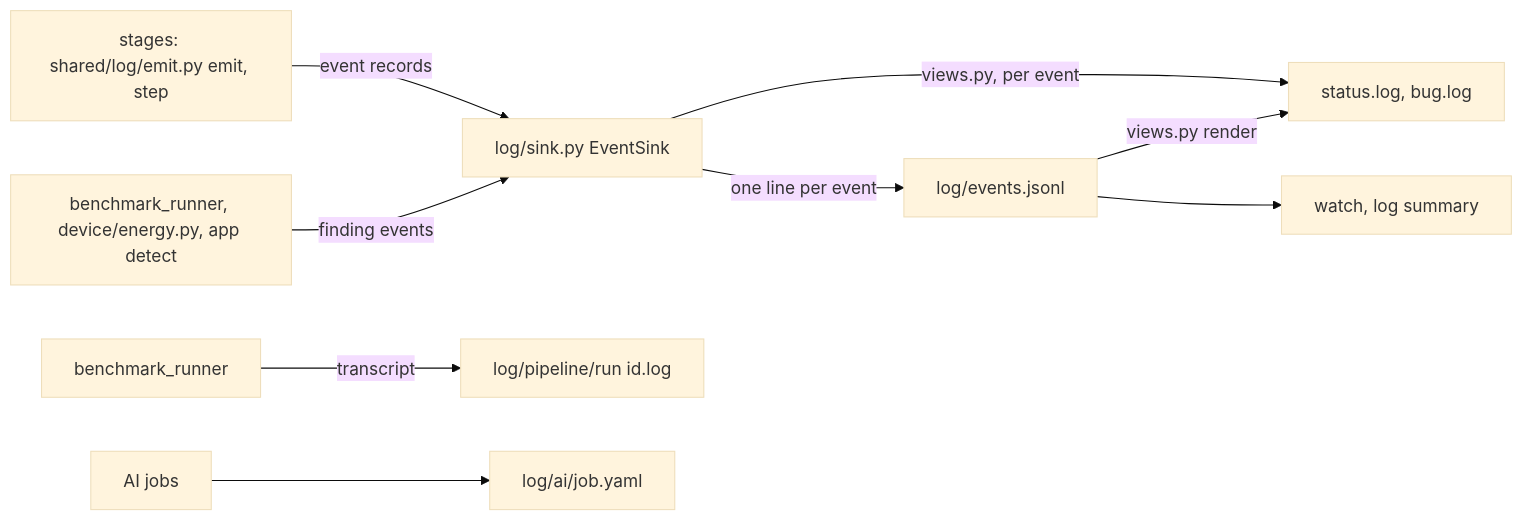
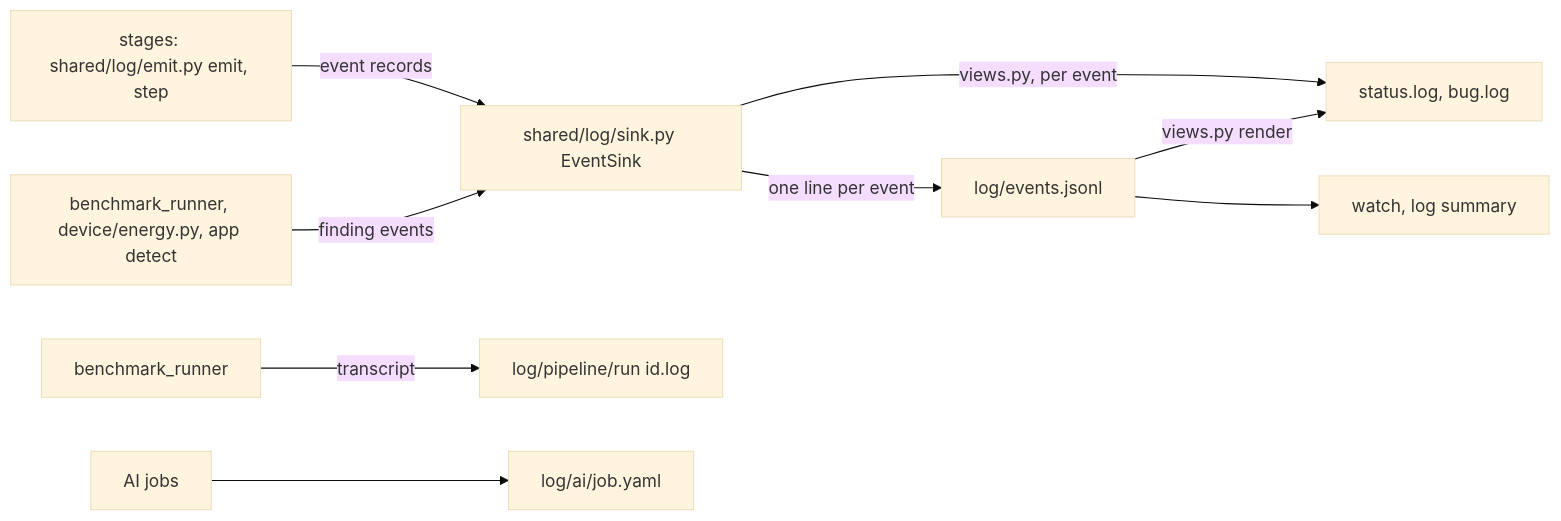
The diagram in apps/perf-repair/docs/run-log.md (JuneKim0007/cryptobenchmark), drawn with Mermaid (base theme) before and after one commit. The commit also changed 22 other files, not shown here.

Commit message:
EventSink and attach move into the library: cryptobench.shared.log.sink and attach; the sink takes its views, attach the root logger name and views; perf-repair attaches with perfrepair and its VIEWS

````diff
--- a/apps/perf-repair/docs/run-log.md
+++ b/apps/perf-repair/docs/run-log.md
@@ -5,11 +5,11 @@
 ```mermaid
 flowchart LR
-    S[stages: shared/log/emit.py emit, step] -- event records --> K[log/sink.py EventSink]
+    S[stages: shared/log/emit.py emit, step] -- event records --> K[shared/log/sink.py EventSink]
     P[benchmark_runner, device/energy.py, app detect] -- finding events --> K
     K -- one line per event --> E[log/events.jsonl]
     K -- views.py, per event --> V[status.log, bug.log]
     E -- views.py render --> V
     E --> W[watch, log summary]
     R[benchmark_runner] -- transcript --> T[log/pipeline/run id.log]
     M[AI jobs] --> J[log/ai/job.yaml]
 ```
````
